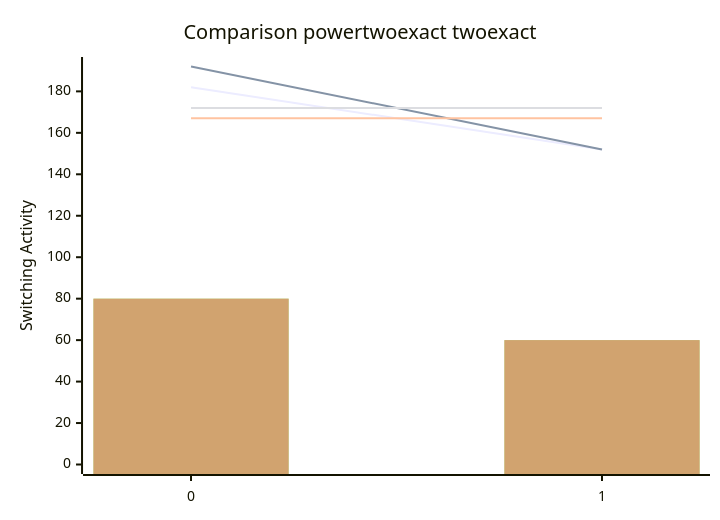
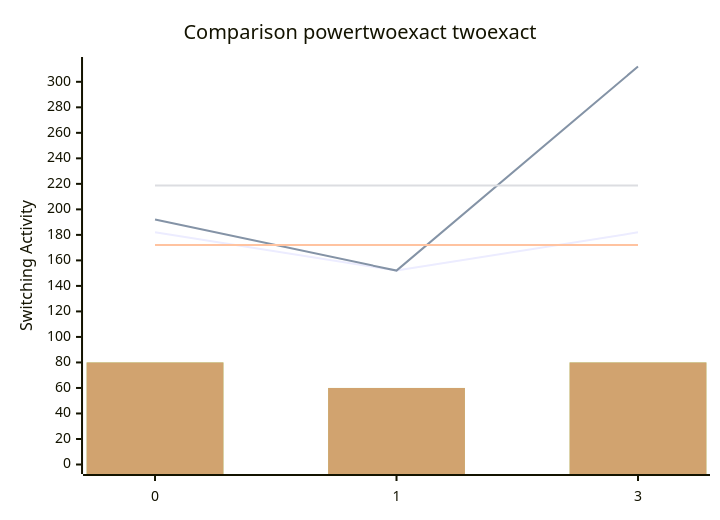
One commit to FeldmeierMichael/Exact-Power-Synthesis changed the diagram in benchmark_opt.md. Above: the diagram before and after it, drawn with Mermaid. The commit also changed other lines of this file, not shown here.

````diff
--- a/benchmark_opt.md
+++ b/benchmark_opt.md
@@ -9,12 +11,12 @@
 ```mermaid
 xychart-beta
     title "Comparison powertwoexact twoexact"
-    x-axis [0, 1]
-    y-axis "Switching Activity" 0-->192
-    line [182, 152]
-    line [192, 152]
-    line [167.0, 167.0]
-    line [172.0, 172.0]
-    bar [80, 60]
-    bar [80, 60]
+    x-axis [0, 1, 3]
+    y-axis "Switching Activity" 0-->312
+    line [182, 152, 182]
+    line [192, 152, 312]
+    line [172.0, 172.0, 172.0]
+    line [218.66666666666666, 218.66666666666666, 218.66666666666666]
+    bar [80, 60, 80]
+    bar [80, 60, 80]
 ```
````
